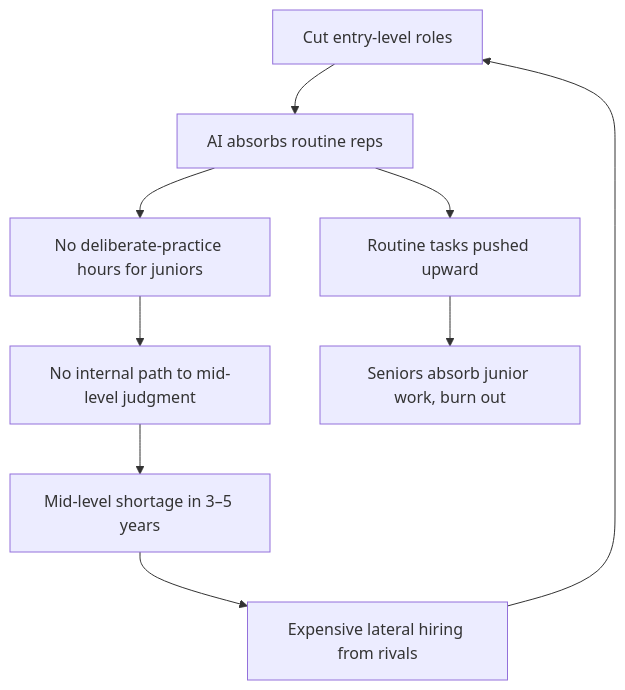
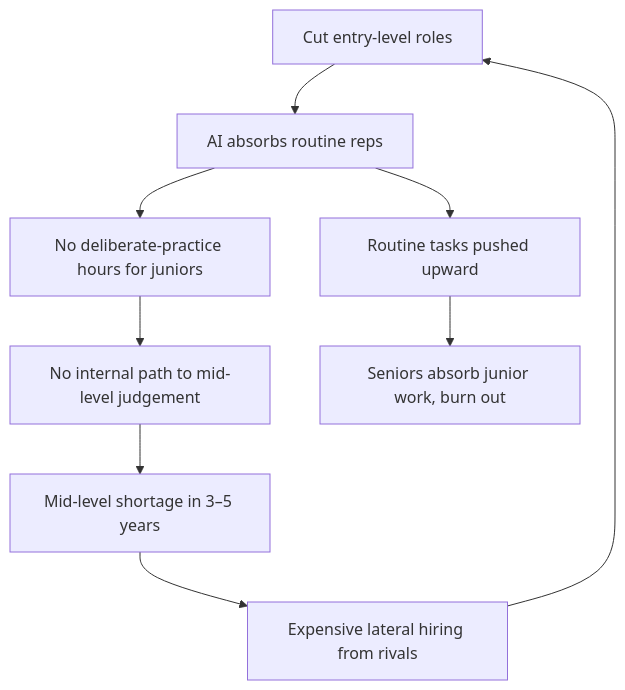
Before and after one commit to TarrySingh/tarrysingh-com: the diagram in content/blog/the-seed-corn-problem-cutting-juniors-is-how.mdx, drawn with Mermaid. The commit also changed other lines of this file and 115 other files, not shown here.

````diff
--- a/content/blog/the-seed-corn-problem-cutting-juniors-is-how.mdx
+++ b/content/blog/the-seed-corn-problem-cutting-juniors-is-how.mdx
@@ -37,12 +35,12 @@
 ```mermaid
 %% caption: The pipeline reads as a saving until the reps that manufacture seniority stop happening.
 flowchart TD
     A[Cut entry-level roles] --> B[AI absorbs routine reps]
     B --> C[No deliberate-practice hours for juniors]
-    C --> D[No internal path to mid-level judgment]
+    C --> D[No internal path to mid-level judgement]
     D --> E[Mid-level shortage in 3–5 years]
     E --> F[Expensive lateral hiring from rivals]
     F --> A
     B --> G[Routine tasks pushed upward]
     G --> H[Seniors absorb junior work, burn out]
 ```
````
